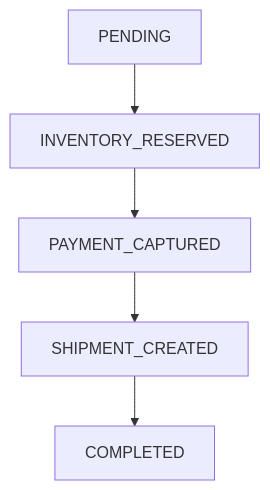
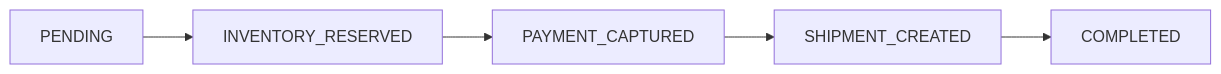
One commit to AvadhBhalodiya/Interview-Preparation changed the fourth of 4 diagrams in src/content/task-processing/idempotency-background-tasks.md. Above: the diagram before and after it, drawn with Mermaid. The commit also changed other lines of this file and 80 other files, not shown here.

````diff
--- a/src/content/task-processing/idempotency-background-tasks.md
+++ b/src/content/task-processing/idempotency-background-tasks.md
@@ -526,7 +464,7 @@
 ```mermaid
-flowchart TD
+flowchart LR
     A[PENDING] --> B[INVENTORY_RESERVED]
     B --> C[PAYMENT_CAPTURED]
     C --> D[SHIPMENT_CREATED]
     D --> E[COMPLETED]
 ```
````
